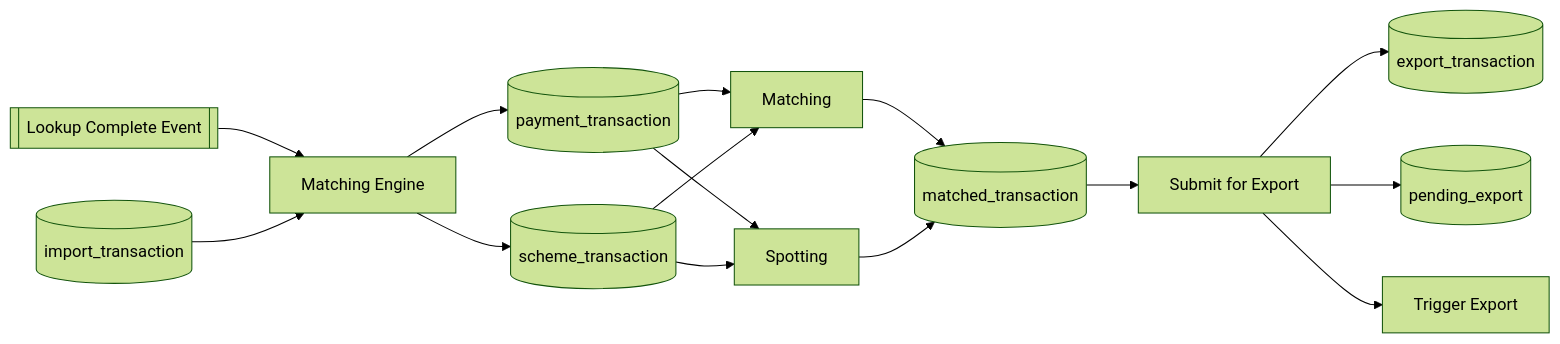
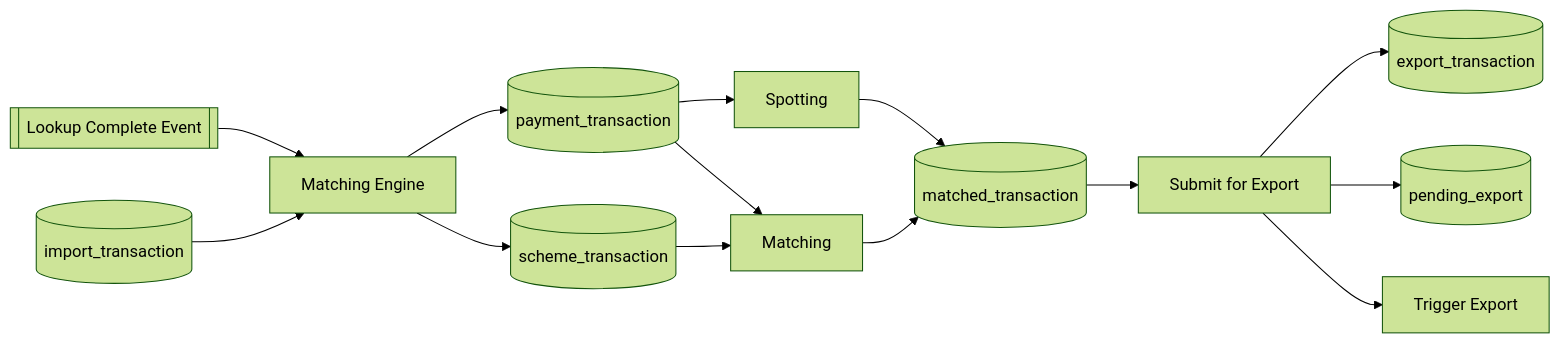
The third of 5 diagrams in data-flow.md (piukhq/harmonia), drawn with Mermaid (forest theme) before and after one commit. The commit also changed other lines of this file, not shown here.

Commit message:
update data flow diagram

````diff
--- a/data-flow.md
+++ b/data-flow.md
@@ -38,35 +39,34 @@
 ```mermaid
 flowchart LR
     lookup_complete[[Lookup Complete Event]]
 
     import_transaction[(import_transaction)]
     payment_transaction[(payment_transaction)]
     scheme_transaction[(scheme_transaction)]
     matched_transaction[(matched_transaction)]
     export_transaction[(export_transaction)]
     pending_export[(pending_export)]
 
     matching_engine["Matching Engine"]
     submit_export["Submit for Export"]
     trigger_export["Trigger Export"]
 
     lookup_complete --> matching_engine
     import_transaction --> matching_engine
 
     matching_engine --> payment_transaction
     matching_engine --> scheme_transaction
 
+    payment_transaction --> Spotting
     payment_transaction --> Matching
     scheme_transaction --> Matching
-    payment_transaction --> Spotting
-    scheme_transaction --> Spotting
 
     Matching --> matched_transaction
     Spotting --> matched_transaction
 
     matched_transaction --> submit_export
 
     submit_export --> export_transaction
     submit_export --> pending_export
     submit_export --> trigger_export
 ```
````
